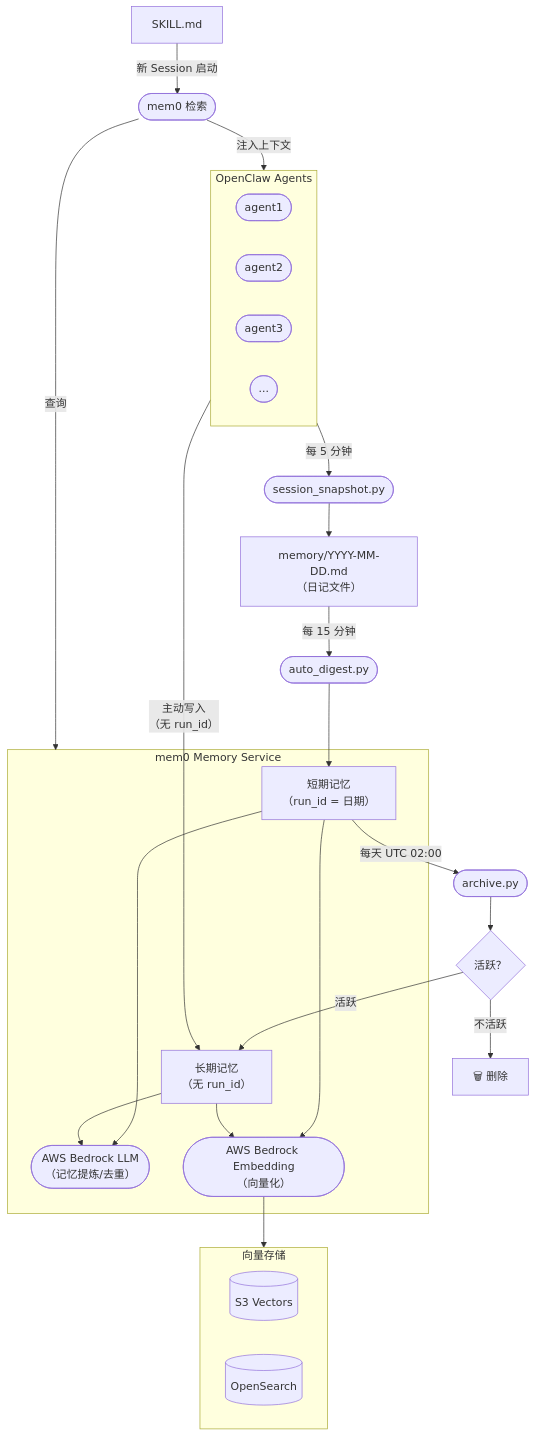
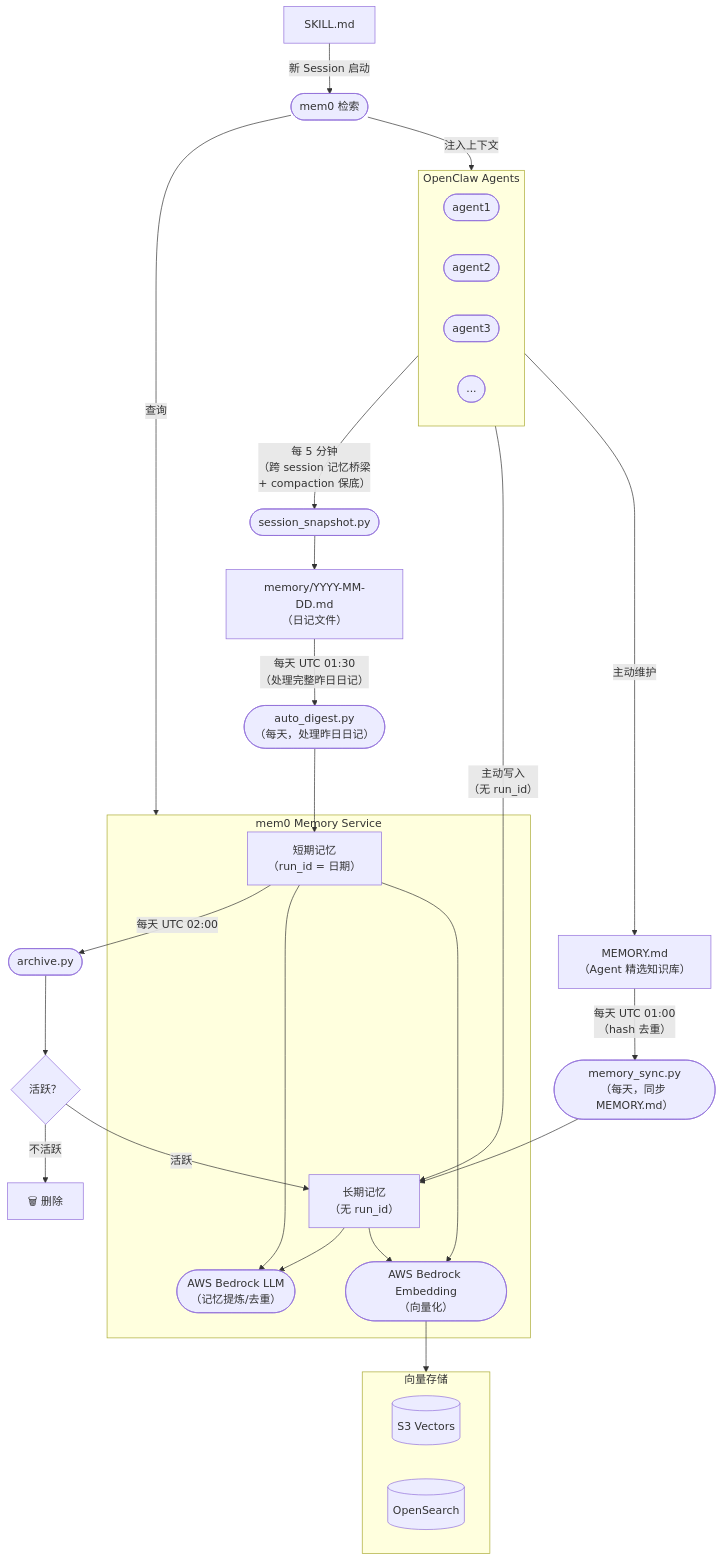
Before and after one commit to norrishuang/mem0-memory-service: the diagram in docs/zh/guide/architecture.md, drawn with Mermaid. The commit also changed other lines of this file and 3 other files, not shown here.

First line of the commit message:
docs: overhaul architecture docs and README for refactored pipeline

````diff
--- a/docs/zh/guide/architecture.md
+++ b/docs/zh/guide/architecture.md
@@ -5,51 +5,56 @@
 ```mermaid
 flowchart TD
     subgraph Agents["OpenClaw Agents"]
         A1(["agent1"])
         A2(["agent2"])
         A3(["agent3"])
         A4(["..."])
     end
 
     Diary["memory/YYYY-MM-DD.md\n（日记文件）"]
+    MemoryMD["MEMORY.md\n（Agent 精选知识库）"]
     Snap(["session_snapshot.py"])
-    Digest(["auto_digest.py"])
+    Digest(["auto_digest.py\n（每天，处理昨日日记）"])
+    Sync(["memory_sync.py\n（每天，同步 MEMORY.md）"])
     Archive(["archive.py"])
 
     subgraph Mem0["mem0 Memory Service"]
         LLM(["AWS Bedrock LLM\n（记忆提炼/去重）"])
         Embed(["AWS Bedrock Embedding\n（向量化）"])
         STM["短期记忆\n（run_id = 日期）"]
         LTM["长期记忆\n（无 run_id）"]
     end
 
     Decision{"活跃？"}
 
     subgraph Store["向量存储"]
         S3[("S3 Vectors")]
         OS[("OpenSearch")]
     end
 
     SKILL["SKILL.md"]
     Retrieve(["mem0 检索"])
 
-    Agents -- "每 5 分钟" --> Snap
+    Agents -- "每 5 分钟\n（跨 session 记忆桥梁\n+ compaction 保底）" --> Snap
+    Agents -- "主动写入\n（无 run_id）" --> LTM
+    Agents -- "主动维护" --> MemoryMD
     Snap --> Diary
-    Diary -- "每 15 分钟" --> Digest
+    Diary -- "每天 UTC 01:30\n（处理完整昨日日记）" --> Digest
+    MemoryMD -- "每天 UTC 01:00\n（hash 去重）" --> Sync
     Digest --> STM
+    Sync --> LTM
     STM -- "每天 UTC 02:00" --> Archive
     Archive --> Decision
     Decision -- "活跃" --> LTM
     Decision -- "不活跃" --> Del["🗑 删除"]
-    Agents -- "主动写入\n（无 run_id）" --> LTM
 
     STM --> LLM
     STM --> Embed
     LTM --> LLM
     LTM --> Embed
     Embed --> Store
 
     SKILL -- "新 Session 启动" --> Retrieve
     Retrieve -- "查询" --> Mem0
     Retrieve -- "注入上下文" --> Agents
 ```
````
